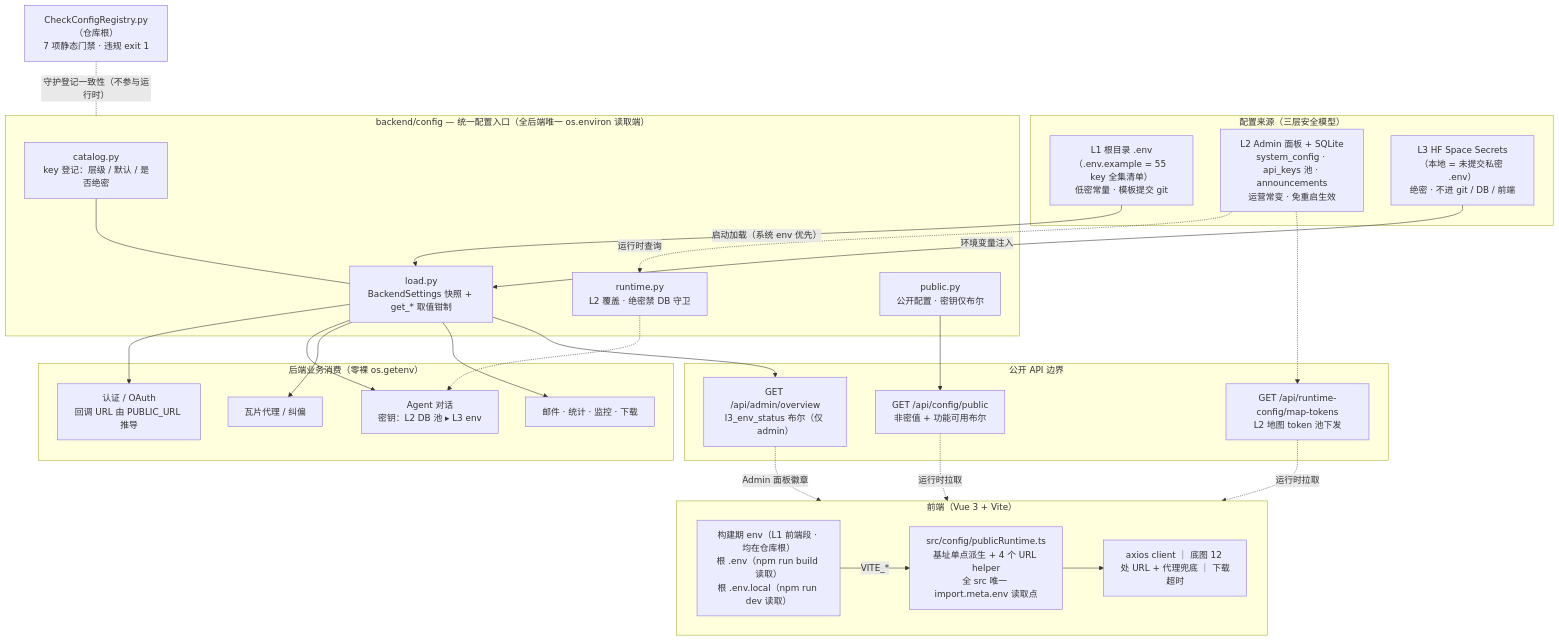
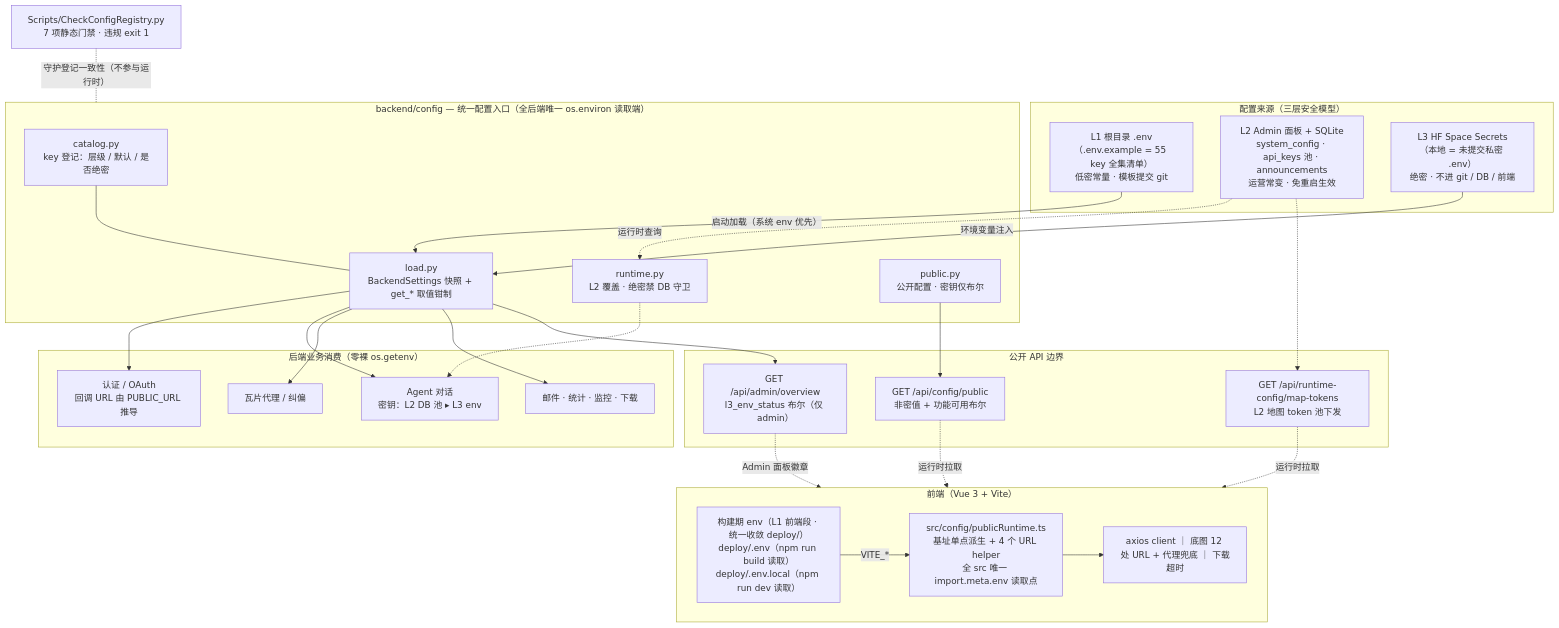
One commit to NEGIAO/WebGIS-Dev changed the first of 2 diagrams in Docs/Architecture/configuration-three-tier.md. Above: the diagram before and after it, drawn with Mermaid. The commit also changed other lines of this file and 61 other files, not shown here.

````diff
--- a/Docs/Architecture/configuration-three-tier.md
+++ b/Docs/Architecture/configuration-three-tier.md
@@ -14,57 +14,57 @@
 ```mermaid
 flowchart TB
     subgraph SRC["配置来源（三层安全模型）"]
         L1["L1 根目录 .env<br/>（.env.example = 55 key 全集清单）<br/>低密常量 · 模板提交 git"]
         L2["L2 Admin 面板 + SQLite<br/>system_config · api_keys 池 · announcements<br/>运营常变 · 免重启生效"]
         L3["L3 HF Space Secrets<br/>（本地 = 未提交私密 .env）<br/>绝密 · 不进 git / DB / 前端"]
     end
 
     subgraph CFG["backend/config — 统一配置入口（全后端唯一 os.environ 读取端）"]
         CAT["catalog.py<br/>key 登记：层级 / 默认 / 是否绝密"]
         LOAD["load.py<br/>BackendSettings 快照 + get_* 取值钳制"]
         RT["runtime.py<br/>L2 覆盖 · 绝密禁 DB 守卫"]
         PUB["public.py<br/>公开配置 · 密钥仅布尔"]
     end
 
     L1 -- "启动加载（系统 env 优先）" --> LOAD
     L3 -- "环境变量注入" --> LOAD
     L2 -. "运行时查询" .-> RT
     CAT --- LOAD
 
     subgraph BIZ["后端业务消费（零裸 os.getenv）"]
         AUTH["认证 / OAuth<br/>回调 URL 由 PUBLIC_URL 推导"]
         AGENT["Agent 对话<br/>密钥：L2 DB 池 ▸ L3 env"]
         TILE["瓦片代理 / 纠偏"]
         MISC["邮件 · 统计 · 监控 · 下载"]
     end
 
     LOAD --> AUTH
     LOAD --> AGENT
     LOAD --> TILE
     LOAD --> MISC
     RT -.-> AGENT
 
     subgraph API["公开 API 边界"]
         P1["GET /api/config/public<br/>非密值 + 功能可用布尔"]
         P2["GET /api/runtime-config/map-tokens<br/>L2 地图 token 池下发"]
         P3["GET /api/admin/overview<br/>l3_env_status 布尔（仅 admin）"]
     end
 
     PUB --> P1
     L2 -.-> P2
     LOAD --> P3
 
     subgraph FE["前端（Vue 3 + Vite）"]
-        ENVF["构建期 env（L1 前端段 · 均在仓库根）<br/>根 .env（npm run build 读取）<br/>根 .env.local（npm run dev 读取）"]
+        ENVF["构建期 env（L1 前端段 · 统一收敛 deploy/）<br/>deploy/.env（npm run build 读取）<br/>deploy/.env.local（npm run dev 读取）"]
         PRT["src/config/publicRuntime.ts<br/>基址单点派生 + 4 个 URL helper<br/>全 src 唯一 import.meta.env 读取点"]
         CONS["axios client ｜ 底图 12 处 URL + 代理兜底 ｜ 下载超时"]
     end
 
     ENVF -- "VITE_*" --> PRT --> CONS
     P1 -. "运行时拉取" .-> FE
     P2 -. "运行时拉取" .-> FE
     P3 -. "Admin 面板徽章" .-> FE
 
-    GATE["CheckConfigRegistry.py（仓库根）<br/>7 项静态门禁 · 违规 exit 1"]
+    GATE["Scripts/CheckConfigRegistry.py<br/>7 项静态门禁 · 违规 exit 1"]
     GATE -. "守护登记一致性（不参与运行时）" .- CFG
 ```
````
